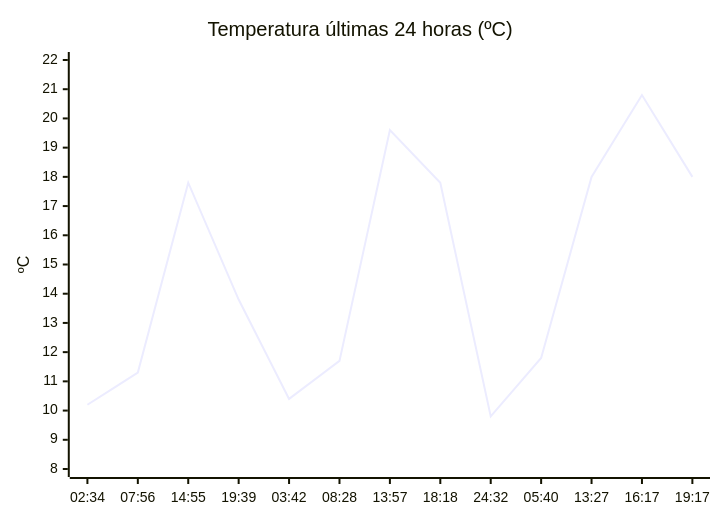
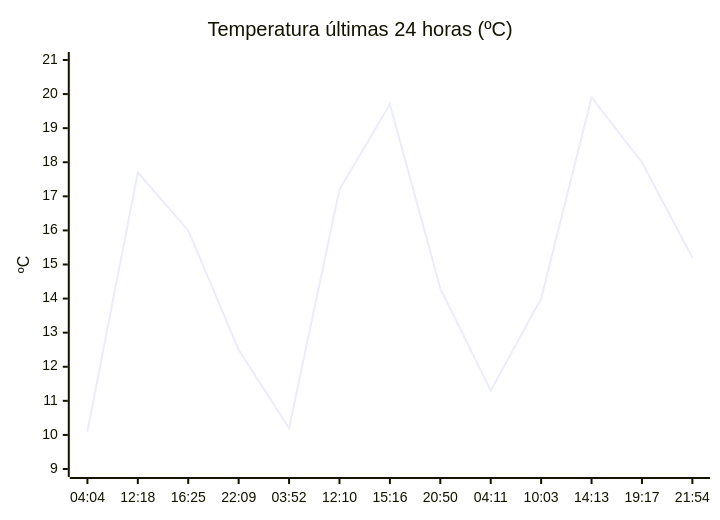
Before and after one commit to solidsnk86/rem-scrap: the diagram in README.md, drawn with Mermaid. The commit also changed other lines of this file, not shown here.

````diff
--- a/README.md
+++ b/README.md
@@ -28,7 +36,7 @@
 ```mermaid
 xychart-beta
     title "Temperatura últimas 24 horas (ºC)"
-    x-axis ["02:34", "07:56", "14:55", "19:39", "03:42", "08:28", "13:57", "18:18", "24:32", "05:40", "13:27", "16:17", "19:17"]
-    y-axis "ºC" 8 --> 22
-    line [10.2, 11.3, 17.8, 13.8, 10.4, 11.7, 19.6, 17.8, 9.8, 11.8, 18, 20.8, 18]
+    x-axis ["04:04", "12:18", "16:25", "22:09", "03:52", "12:10", "15:16", "20:50", "04:11", "10:03", "14:13", "19:17", "21:54"]
+    y-axis "ºC" 9 --> 21
+    line [10.1, 17.7, 16, 12.5, 10.2, 17.2, 19.7, 14.3, 11.3, 14, 19.9, 18, 15.2]
 ```
````
